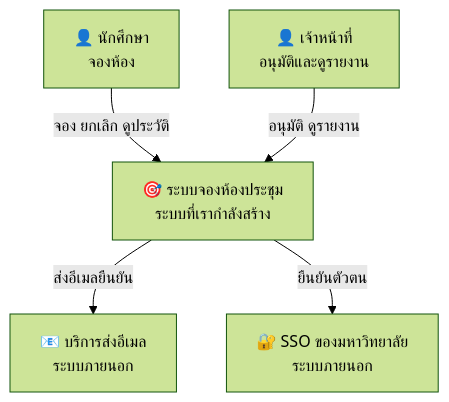
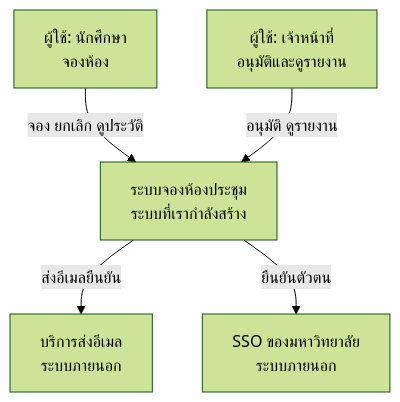
One commit to CE-SDPX/SDPX-AI changed the fourth of 25 diagrams in readings/04-system-architecture-design.md. Above: the diagram before and after it, drawn with Mermaid (forest theme). The commit also changed other lines of this file and 6 other files, not shown here.

````diff
--- a/readings/04-system-architecture-design.md
+++ b/readings/04-system-architecture-design.md
@@ -134,13 +133,13 @@
 ```mermaid
 flowchart TB
-    U["👤 นักศึกษา<br/>จองห้อง"]
-    ST["👤 เจ้าหน้าที่<br/>อนุมัติและดูรายงาน"]
-    SYS["🎯 ระบบจองห้องประชุม<br/>ระบบที่เรากำลังสร้าง"]
-    MAIL["📧 บริการส่งอีเมล<br/>ระบบภายนอก"]
-    SSO["🔐 SSO ของมหาวิทยาลัย<br/>ระบบภายนอก"]
+    U["ผู้ใช้: นักศึกษา<br/>จองห้อง"]
+    ST["ผู้ใช้: เจ้าหน้าที่<br/>อนุมัติและดูรายงาน"]
+    SYS["ระบบจองห้องประชุม<br/>ระบบที่เรากำลังสร้าง"]
+    MAIL["บริการส่งอีเมล<br/>ระบบภายนอก"]
+    SSO["SSO ของมหาวิทยาลัย<br/>ระบบภายนอก"]
 
     U -->|"จอง ยกเลิก ดูประวัติ"| SYS
     ST -->|"อนุมัติ ดูรายงาน"| SYS
     SYS -->|"ส่งอีเมลยืนยัน"| MAIL
     SYS -->|"ยืนยันตัวตน"| SSO
 ```
````
